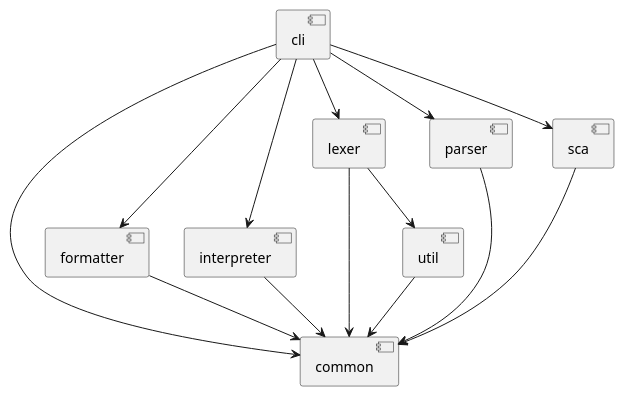
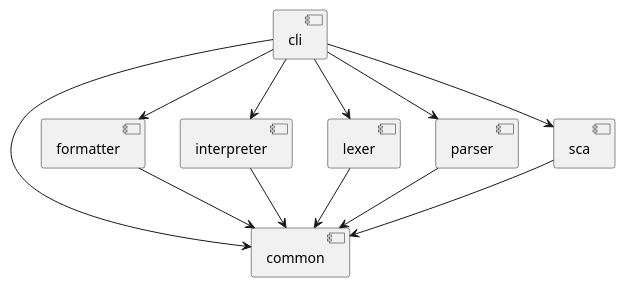
The diagram in diagrams/modules.puml (Chanflito/PrintScript), drawn with PlantUML before and after one commit. The commit also changed 7 other files, not shown here.

```diff
--- a/diagrams/modules.puml
+++ b/diagrams/modules.puml
@@ -1,47 +1,41 @@
 @startuml
 
 component "cli" {
 }
 
 component "common" {
 }
 
 component "formatter" {
 }
 
 component "interpreter" {
 }
 
 component "lexer" {
 }
 
 component "parser" {
 }
 
 component "sca" {
 }
 
-component "util" {
-}
-
 cli --> common
 cli --> lexer
 cli --> parser
 cli --> interpreter
 cli --> sca
 cli --> formatter
 
 formatter --> common
 
 interpreter --> common
 
 lexer --> common
-lexer --> util
 
 parser --> common
 
 sca --> common
 
-util --> common
-
 @enduml
```
